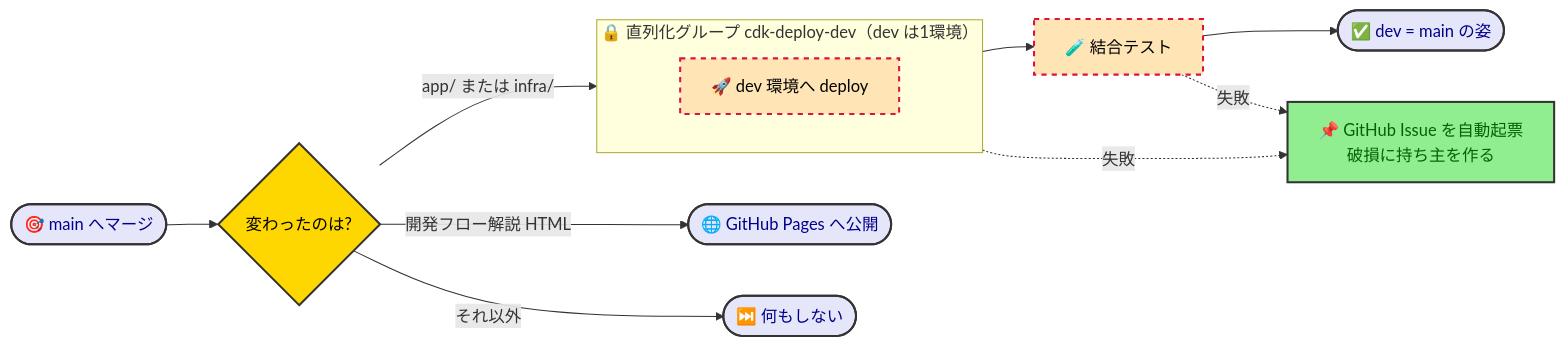
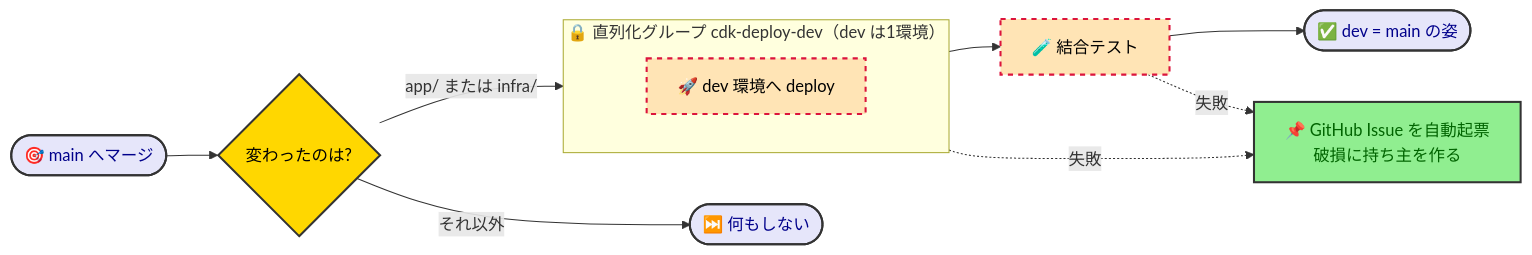
The third of 4 diagrams in samples/docs/design/cicd-design.md (kasiopeiya/claude-dev-template), drawn with Mermaid before and after one commit.

Commit message:
docs: CI/CD 設計書の図から Pages 公開の分岐を削除する (#897)

````diff
--- a/samples/docs/design/cicd-design.md
+++ b/samples/docs/design/cicd-design.md
@@ -148,27 +148,26 @@
 ```mermaid
 flowchart LR
     Merged([🎯 main へマージ]) --> PathCheck{変わったのは?}
     PathCheck -->|app/ または infra/| Deploy
-    PathCheck -->|開発フロー解説 HTML| Pages(["🌐 GitHub Pages へ公開"])
     PathCheck -->|それ以外| Skip([⏭️ 何もしない])
 
     subgraph Serial["🔒 直列化グループ cdk-deploy-dev（dev は1環境）"]
         direction TB
         Deploy["🚀 dev 環境へ deploy"]
     end
 
     Deploy --> IT["🧪 結合テスト"]
     IT --> Done([✅ dev = main の姿])
     Deploy -. 失敗 .-> Issue
     IT -. 失敗 .-> Issue["📌 GitHub Issue を自動起票<br/>破損に持ち主を作る"]
 
     classDef startEnd fill:#E6E6FA,stroke:#333,stroke-width:2px,color:darkblue
     classDef process fill:#90EE90,stroke:#333,stroke-width:2px,color:darkgreen
     classDef decision fill:#FFD700,stroke:#333,stroke-width:2px,color:black
     classDef hollow fill:#FFE4B5,stroke:#DC143C,stroke-width:2px,stroke-dasharray: 5 5,color:black
 
-    class Merged,Skip,Done,Pages startEnd
+    class Merged,Skip,Done startEnd
     class Issue process
     class PathCheck decision
     class Deploy,IT hollow
 ```
````
